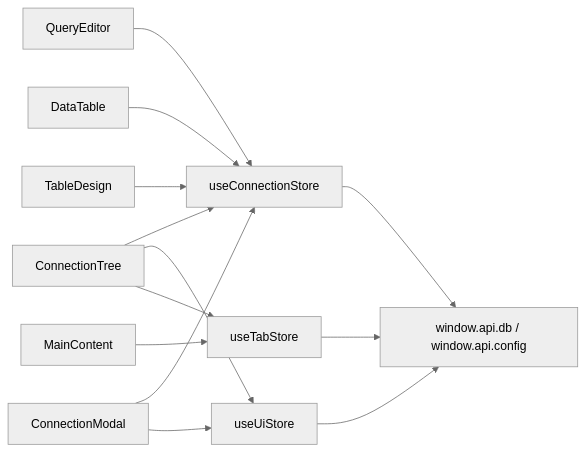
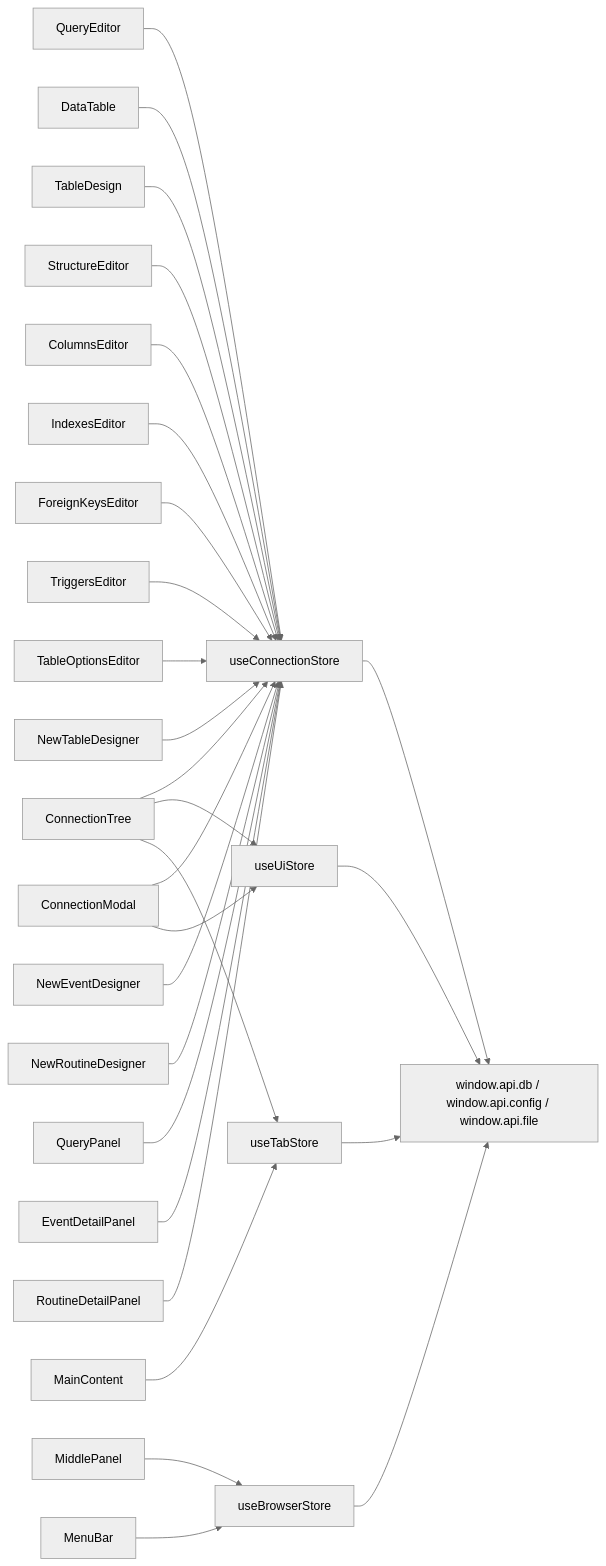
Before and after one commit to wwenbo2048/nexsql: the sixth of 6 diagrams in .qoder/repowiki/zh/content/前端组件系统/前端组件系统.md, drawn with Mermaid (neutral theme). The commit also changed other lines of this file and 19 other files, not shown here.

````diff
--- a/.qoder/repowiki/zh/content/前端组件系统/前端组件系统.md
+++ b/.qoder/repowiki/zh/content/前端组件系统/前端组件系统.md
@@ -357,15 +693,30 @@
 ```mermaid
 graph LR
 CT["ConnectionTree"] --> CS["useConnectionStore"]
 CT --> US["useUiStore"]
 CT --> TS["useTabStore"]
 MC["MainContent"] --> TS
 QE["QueryEditor"] --> CS
 DT["DataTable"] --> CS
 TD["TableDesign"] --> CS
 CM["ConnectionModal"] --> CS
 CM --> US
-CS --> IPC["window.api.db / window.api.config"]
+SE["StructureEditor"] --> CS
+CE["ColumnsEditor"] --> CS
+IE["IndexesEditor"] --> CS
+FE["ForeignKeysEditor"] --> CS
+TE["TriggersEditor"] --> CS
+TOE["TableOptionsEditor"] --> CS
+NTD["NewTableDesigner"] --> CS
+NED["NewEventDesigner"] --> CS
+NRD["NewRoutineDesigner"] --> CS
+MP["MiddlePanel"] --> BS["useBrowserStore"]
+MB["MenuBar"] --> BS
+QP["QueryPanel"] --> CS
+EDP["EventDetailPanel"] --> CS
+RDP["RoutineDetailPanel"] --> CS
+CS --> IPC["window.api.db / window.api.config / window.api.file"]
 TS --> IPC
 US --> IPC
+BS --> IPC
 ```
````
